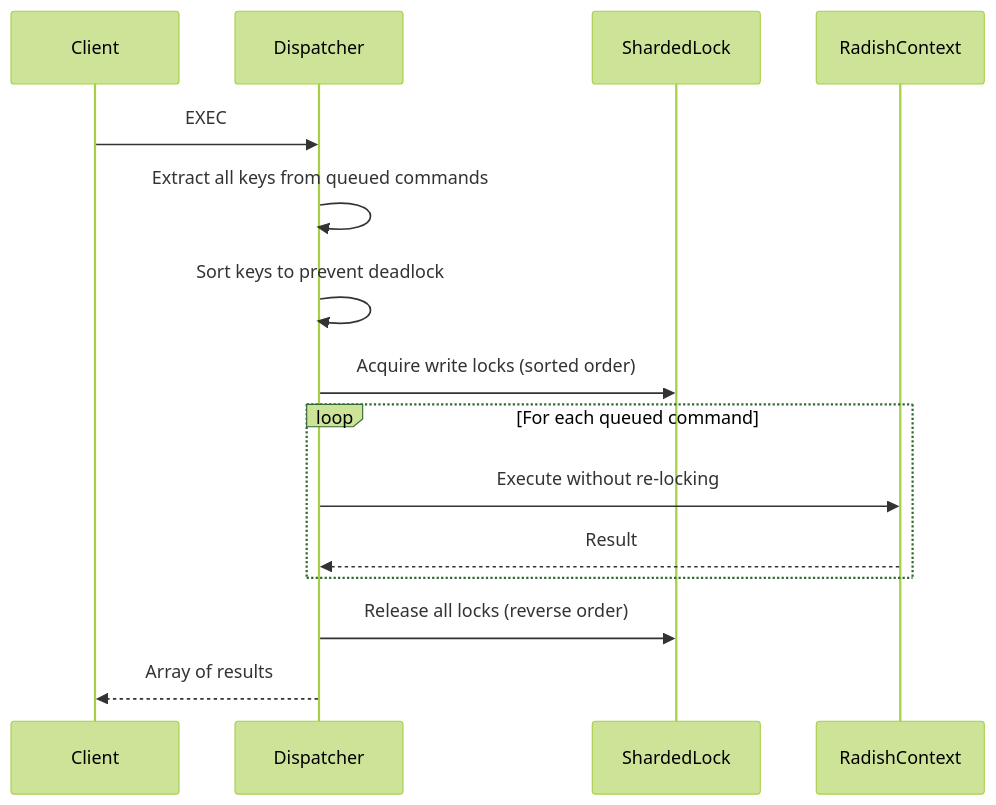
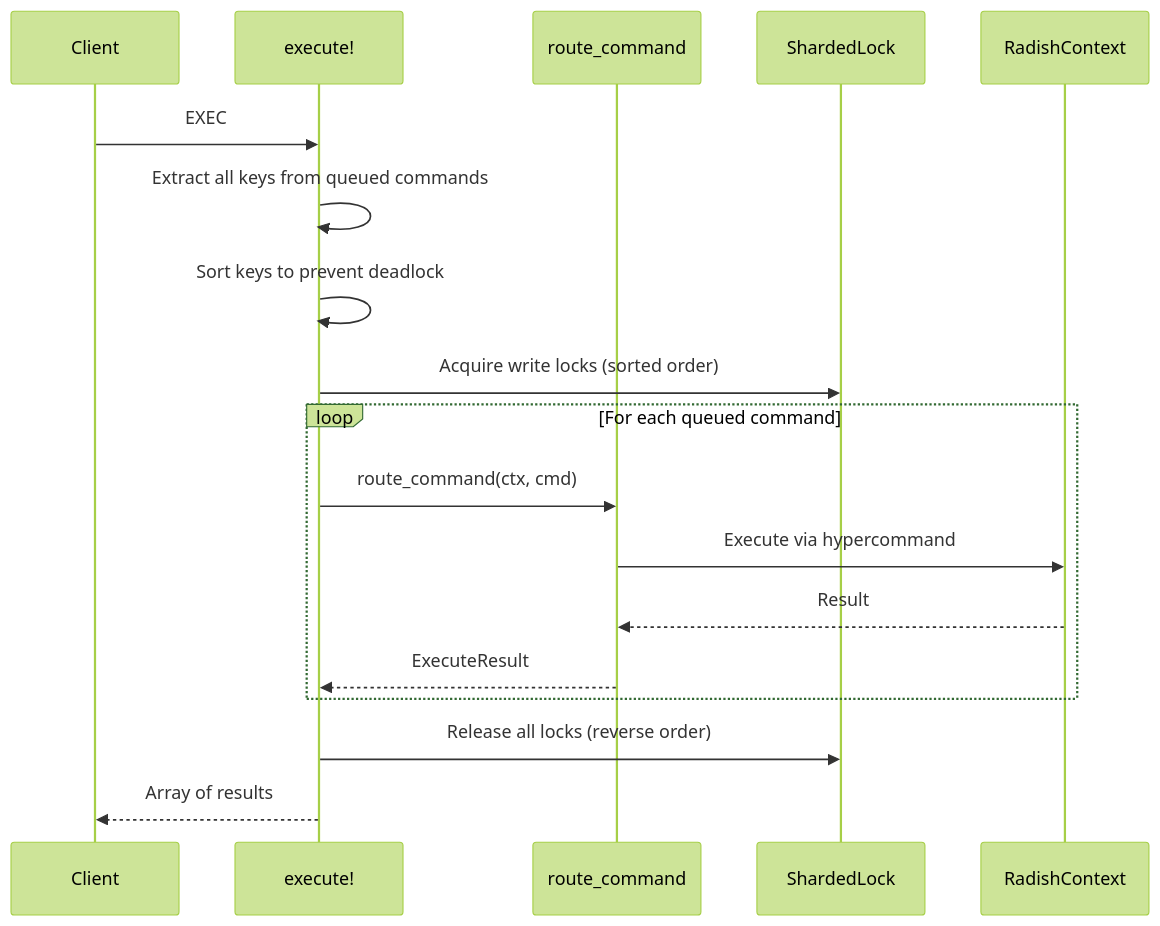
Before and after one commit to fabioscantamburlo/Radish: the diagram in docs/transactions.md, drawn with Mermaid (forest theme). The commit also changed 8 other files, not shown here.

````diff
--- a/docs/transactions.md
+++ b/docs/transactions.md
@@ -108,20 +108,23 @@
 ```mermaid
 sequenceDiagram
     participant Client
-    participant Dispatcher
+    participant Dispatcher as execute!
+    participant Router as route_command
     participant Lock as ShardedLock
     participant Context as RadishContext
 
     Client->>Dispatcher: EXEC
     Dispatcher->>Dispatcher: Extract all keys from queued commands
     Dispatcher->>Dispatcher: Sort keys to prevent deadlock
     Dispatcher->>Lock: Acquire write locks (sorted order)
     
     loop For each queued command
-        Dispatcher->>Context: Execute without re-locking
-        Context-->>Dispatcher: Result
+        Dispatcher->>Router: route_command(ctx, cmd)
+        Router->>Context: Execute via hypercommand
+        Context-->>Router: Result
+        Router-->>Dispatcher: ExecuteResult
     end
     
     Dispatcher->>Lock: Release all locks (reverse order)
     Dispatcher-->>Client: Array of results
 ```
````
